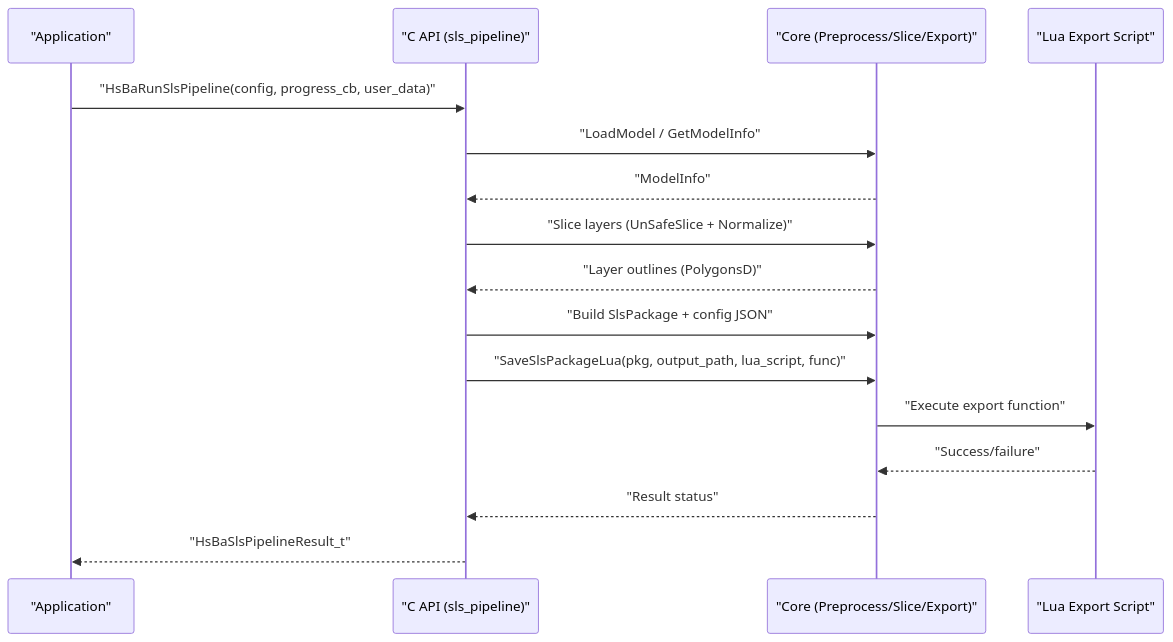
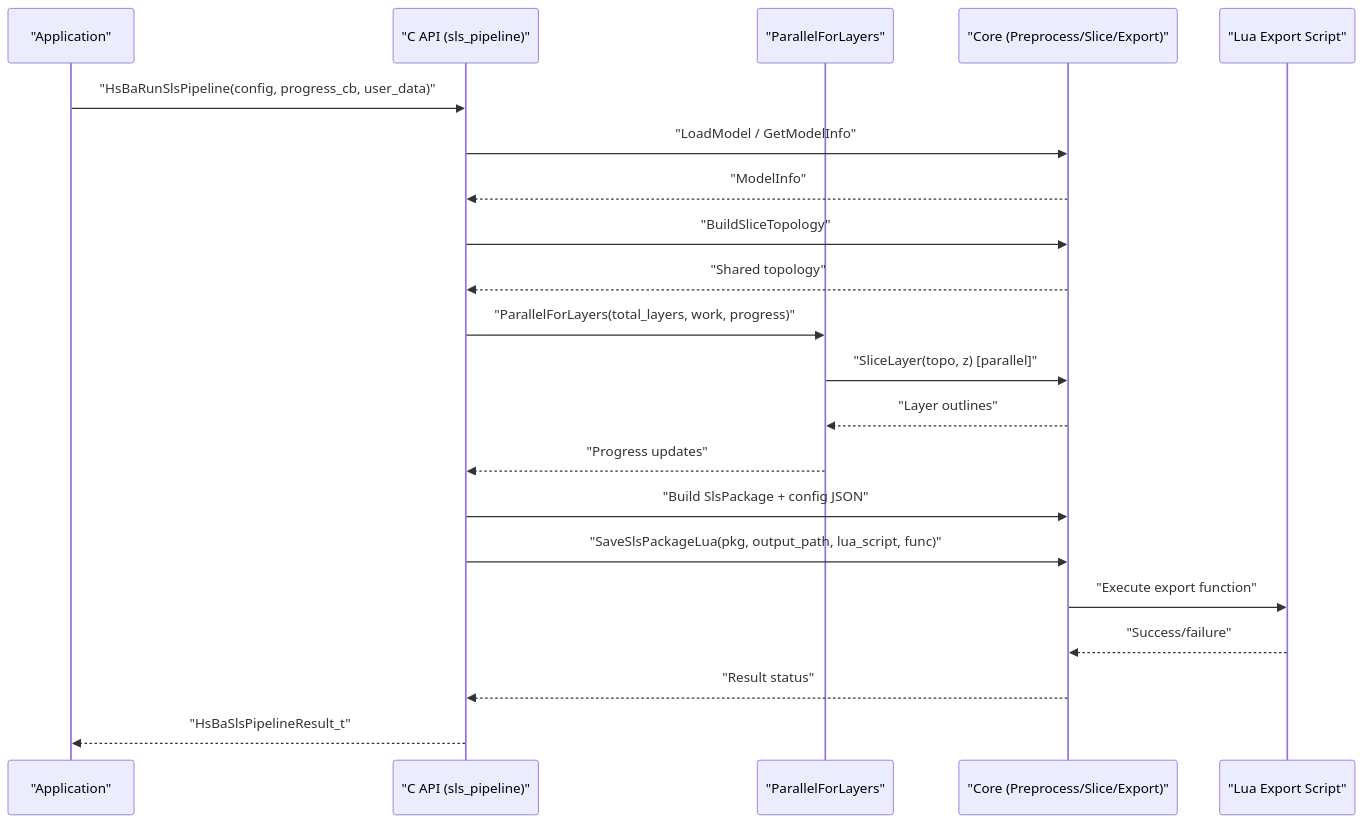
Before and after one commit to hsmbanlance/HsBaSlicer: the second of 10 diagrams in .qoder/repowiki/en/content/Core Architecture/SLS Pipeline System.md, drawn with Mermaid. The commit also changed other lines of this file and 20 other files, not shown here.

````diff
--- a/.qoder/repowiki/en/content/Core Architecture/SLS Pipeline System.md
+++ b/.qoder/repowiki/en/content/Core Architecture/SLS Pipeline System.md
@@ -153,18 +182,23 @@
 ```mermaid
 sequenceDiagram
 participant App as "Application"
 participant CAPI as "C API (sls_pipeline)"
+participant Parallel as "ParallelForLayers"
 participant Core as "Core (Preprocess/Slice/Export)"
 participant Lua as "Lua Export Script"
 App->>CAPI : "HsBaRunSlsPipeline(config, progress_cb, user_data)"
 CAPI->>Core : "LoadModel / GetModelInfo"
 Core-->>CAPI : "ModelInfo"
-CAPI->>Core : "Slice layers (UnSafeSlice + Normalize)"
-Core-->>CAPI : "Layer outlines (PolygonsD)"
+CAPI->>Core : "BuildSliceTopology"
+Core-->>CAPI : "Shared topology"
+CAPI->>Parallel : "ParallelForLayers(total_layers, work, progress)"
+Parallel->>Core : "SliceLayer(topo, z) [parallel]"
+Core-->>Parallel : "Layer outlines"
+Parallel-->>CAPI : "Progress updates"
 CAPI->>Core : "Build SlsPackage + config JSON"
 CAPI->>Core : "SaveSlsPackageLua(pkg, output_path, lua_script, func)"
 Core->>Lua : "Execute export function"
 Lua-->>Core : "Success/failure"
 Core-->>CAPI : "Result status"
 CAPI-->>App : "HsBaSlsPipelineResult_t"
 ```
````
